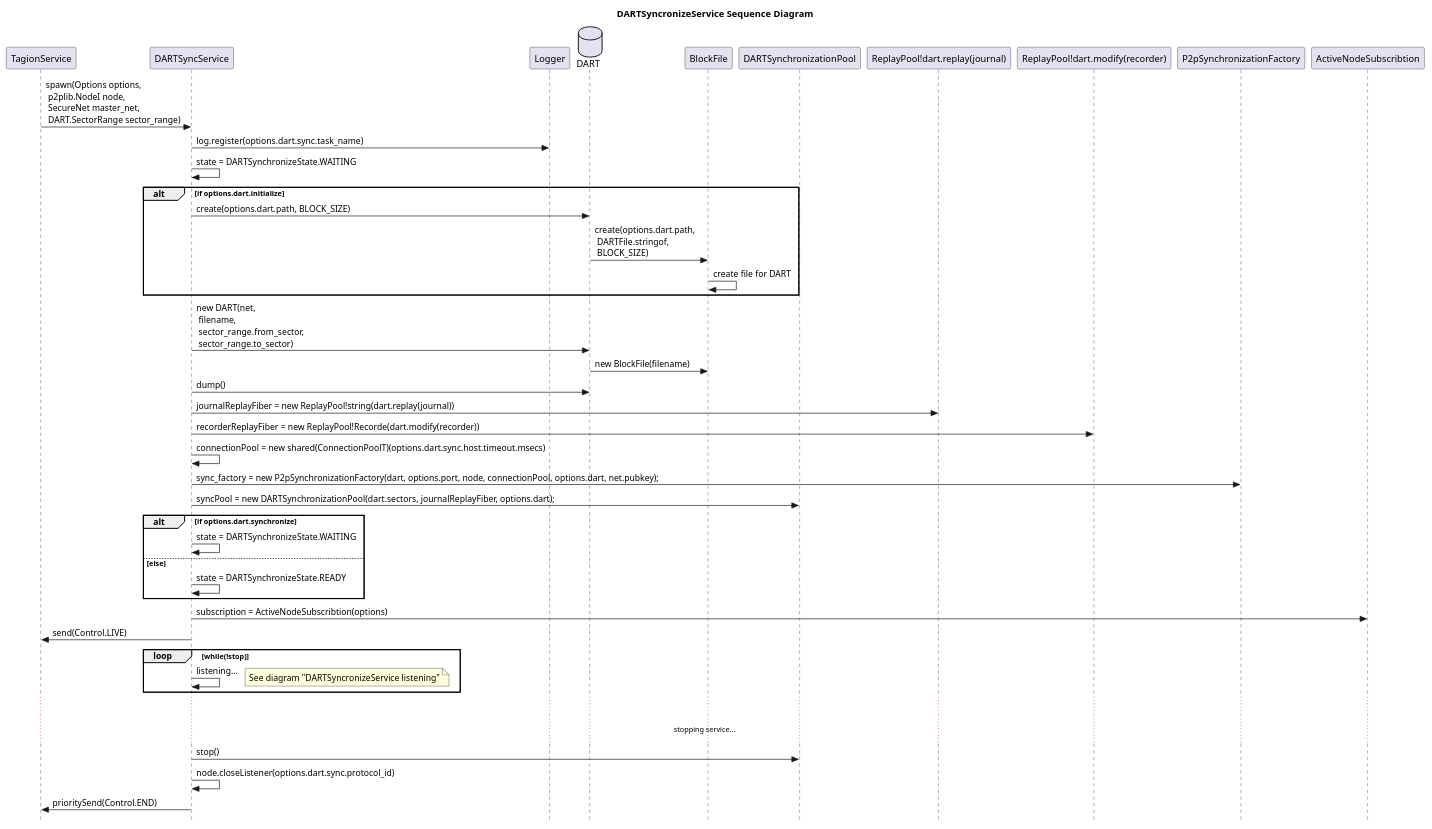
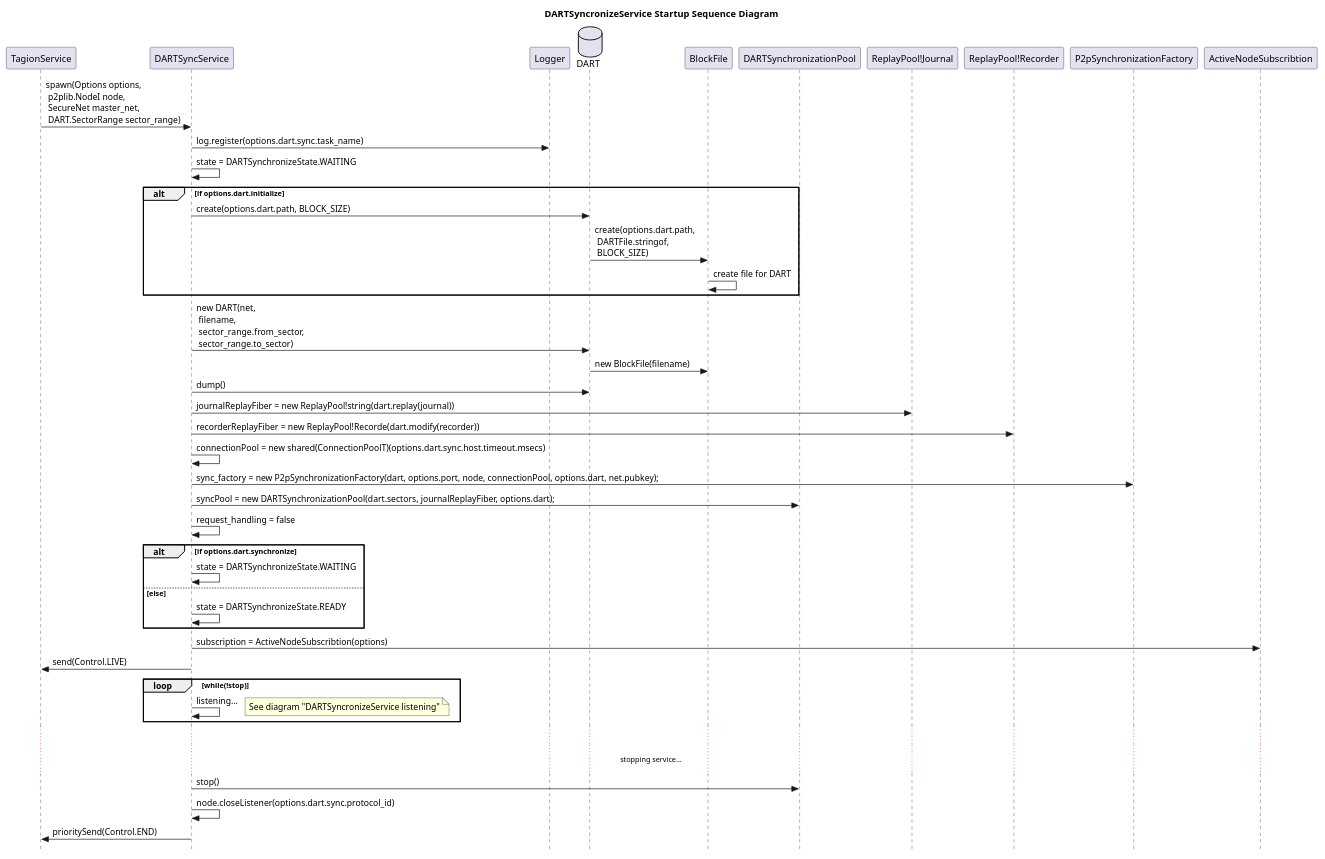
Before and after one commit to tagion/tagion: the diagram in docs/services/DARTSyncronizeService/Startup Sequence.wsd, drawn with PlantUML. The commit also changed other lines of this file and 1 other file, not shown here.

Commit message:
add DARTSyncService listening diagram

```diff
--- a/docs/services/DARTSyncronizeService/Startup Sequence.wsd
+++ b/docs/services/DARTSyncronizeService/Startup Sequence.wsd
@@ -1,60 +1,62 @@
 @startuml DARTSyncService Sequence
 
 skinparam Style strictuml
 hide empty description
-title DARTSyncronizeService Sequence Diagram
+title DARTSyncronizeService Startup Sequence Diagram
 
 participant TagionService as tagion
 participant DARTSyncService as dartsync
 participant Logger as logger
 database DART as dart
 participant BlockFile as blockfile
 participant DARTSynchronizationPool as syncpool
-participant "ReplayPool!dart.replay(journal)" as journalpool
-participant "ReplayPool!dart.modify(recorder)" as recorderpool
+participant "ReplayPool!Journal" as journalpool
+participant "ReplayPool!Recorder" as recorderpool
 participant P2pSynchronizationFactory as syncfactory
 participant ActiveNodeSubscribtion as nodesubscription
 
 tagion -> dartsync : spawn(Options options, \n p2plib.NodeI node, \n SecureNet master_net, \n DART.SectorRange sector_range)
 dartsync -> logger : log.register(options.dart.sync.task_name)
 dartsync -> dartsync : state = DARTSynchronizeState.WAITING
 
 alt if options.dart.initialize
     dartsync -> dart : create(options.dart.path, BLOCK_SIZE)
     dart -> blockfile : create(options.dart.path, \n DARTFile.stringof, \n BLOCK_SIZE)
     blockfile -> blockfile : create file for DART
 end
 
 dartsync -> dart : new DART(net, \n filename, \n sector_range.from_sector, \n sector_range.to_sector)
 dart -> blockfile : new BlockFile(filename)
 dartsync -> dart : dump()
 
 dartsync -> journalpool : journalReplayFiber = new ReplayPool!string(dart.replay(journal))
 dartsync -> recorderpool : recorderReplayFiber = new ReplayPool!Recorde(dart.modify(recorder))
 
 dartsync -> dartsync : connectionPool = new shared(ConnectionPoolT)(options.dart.sync.host.timeout.msecs)
 dartsync -> syncfactory : sync_factory = new P2pSynchronizationFactory(dart, options.port, node, connectionPool, options.dart, net.pubkey);
 dartsync -> syncpool : syncPool = new DARTSynchronizationPool(dart.sectors, journalReplayFiber, options.dart);
 
+dartsync -> dartsync : request_handling = false
+
 alt if options.dart.synchronize
     dartsync -> dartsync : state = DARTSynchronizeState.WAITING
 else else
     dartsync -> dartsync : state = DARTSynchronizeState.READY
 end
 
 dartsync -> nodesubscription : subscription = ActiveNodeSubscribtion(options)
 dartsync -> tagion : send(Control.LIVE)
 
 loop while(!stop)
     dartsync -> dartsync : listening...
     note right : See diagram "DARTSyncronizeService listening"
 end
 
 ...
 ...stopping service......
 
 dartsync -> syncpool : stop()
 dartsync -> dartsync : node.closeListener(options.dart.sync.protocol_id)
 dartsync -> tagion : prioritySend(Control.END)
 
 @enduml
```
